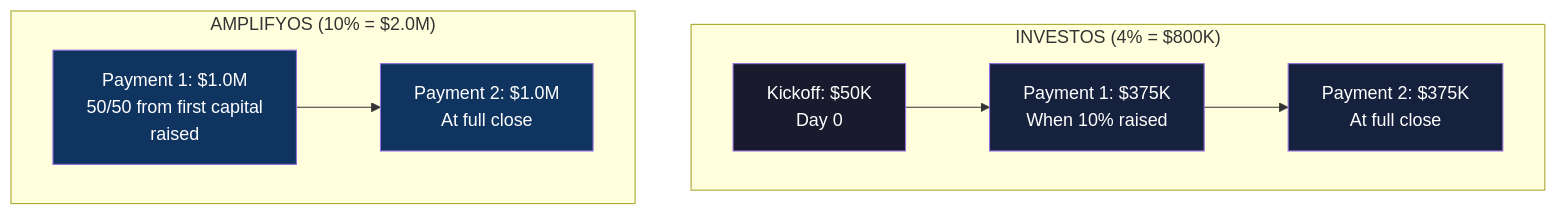
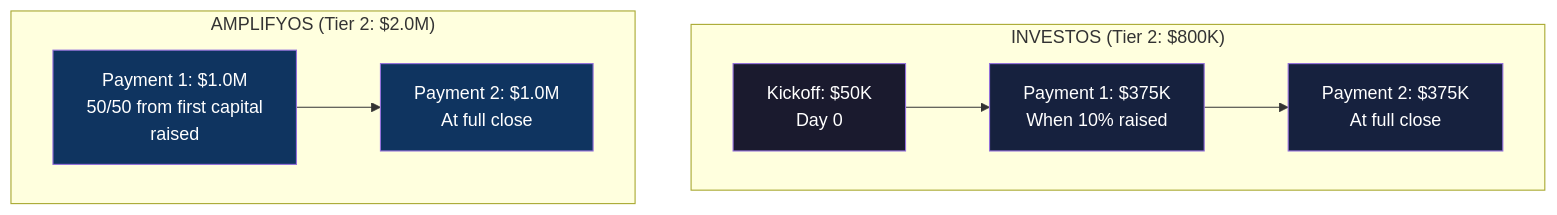
The first of 4 diagrams in docs/investos/investos-strategic-model-2026-03-05.md (Light-Brands/qie), drawn with Mermaid before and after one commit. The commit also changed other lines of this file and 4 other files, not shown here.

````diff
--- a/docs/investos/investos-strategic-model-2026-03-05.md
+++ b/docs/investos/investos-strategic-model-2026-03-05.md
@@ -159,22 +165,22 @@
 ```mermaid
 graph TD
-    subgraph "INVESTOS (4% = $800K)"
+    subgraph "INVESTOS (Tier 2: $800K)"
         IK["Kickoff: $50K<br/>Day 0"]
         IP1["Payment 1: $375K<br/>When 10% raised"]
         IP2["Payment 2: $375K<br/>At full close"]
     end
 
-    subgraph "AMPLIFYOS (10% = $2.0M)"
+    subgraph "AMPLIFYOS (Tier 2: $2.0M)"
         AP1["Payment 1: $1.0M<br/>50/50 from first capital<br/>raised"]
         AP2["Payment 2: $1.0M<br/>At full close"]
     end
 
     IK --> IP1 --> IP2
     AP1 --> AP2
 
     style IK fill:#1a1a2e,color:#fff
     style IP1 fill:#16213e,color:#fff
     style IP2 fill:#16213e,color:#fff
     style AP1 fill:#0f3460,color:#fff
     style AP2 fill:#0f3460,color:#fff
 ```
````
